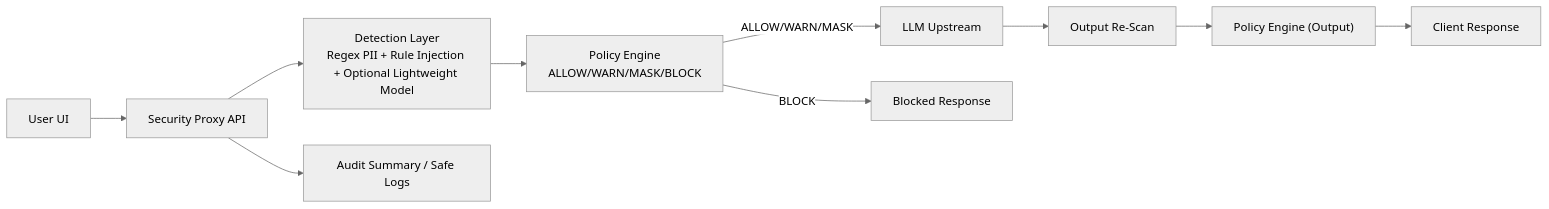
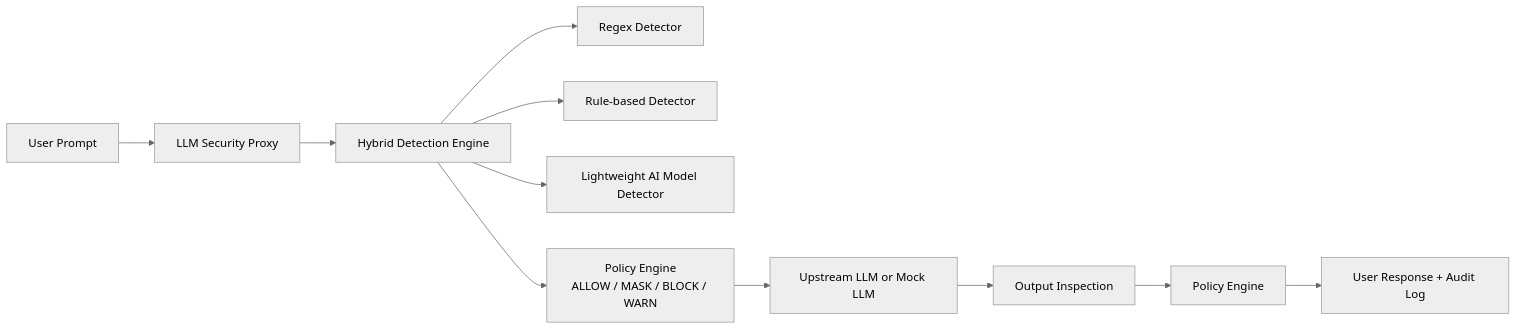
Before and after one commit to treasonking/Capstone_Design: the diagram in README.md, drawn with Mermaid (neutral theme). The commit also changed other lines of this file and 16 other files, not shown here.

Commit message:
feat: align hybrid detector docs and reports

````diff
--- a/README.md
+++ b/README.md
@@ -96,12 +39,13 @@
 ```mermaid
 flowchart LR
-    U["User UI"] --> P["Security Proxy API"]
-    P --> D["Detection Layer<br/>Regex PII + Rule Injection + Optional Lightweight Model"]
-    D --> E["Policy Engine<br/>ALLOW/WARN/MASK/BLOCK"]
-    E -->|ALLOW/WARN/MASK| L["LLM Upstream"]
-    E -->|BLOCK| X["Blocked Response"]
-    L --> O["Output Re-Scan"]
-    O --> E2["Policy Engine (Output)"]
-    E2 --> R["Client Response"]
-    P --> A["Audit Summary / Safe Logs"]
+    U["User Prompt"] --> P["LLM Security Proxy"]
+    P --> H["Hybrid Detection Engine"]
+    H --> R["Regex Detector"]
+    H --> B["Rule-based Detector"]
+    H --> M["Lightweight AI Model Detector"]
+    H --> E["Policy Engine<br/>ALLOW / MASK / BLOCK / WARN"]
+    E --> L["Upstream LLM or Mock LLM"]
+    L --> O["Output Inspection"]
+    O --> E2["Policy Engine"]
+    E2 --> A["User Response + Audit Log"]
 ```
````
